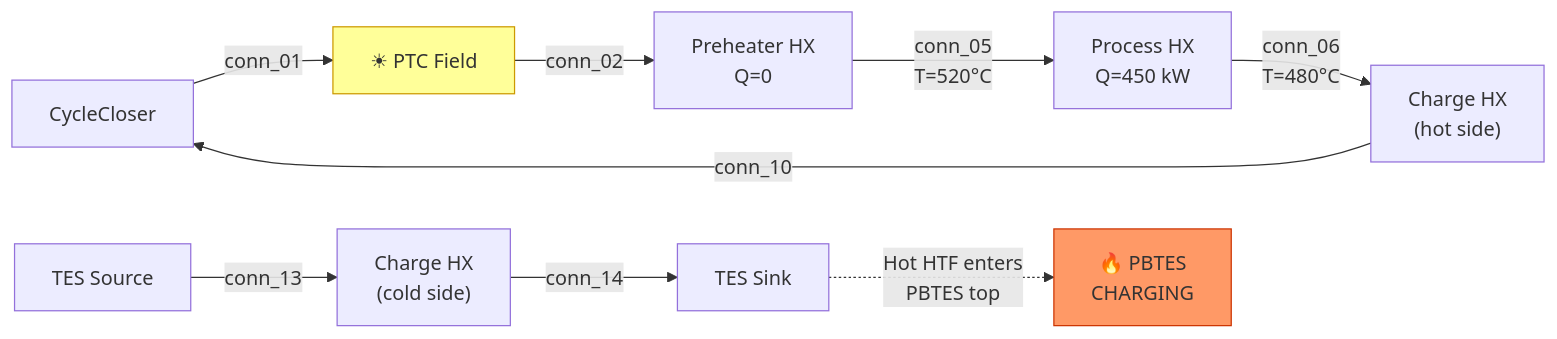
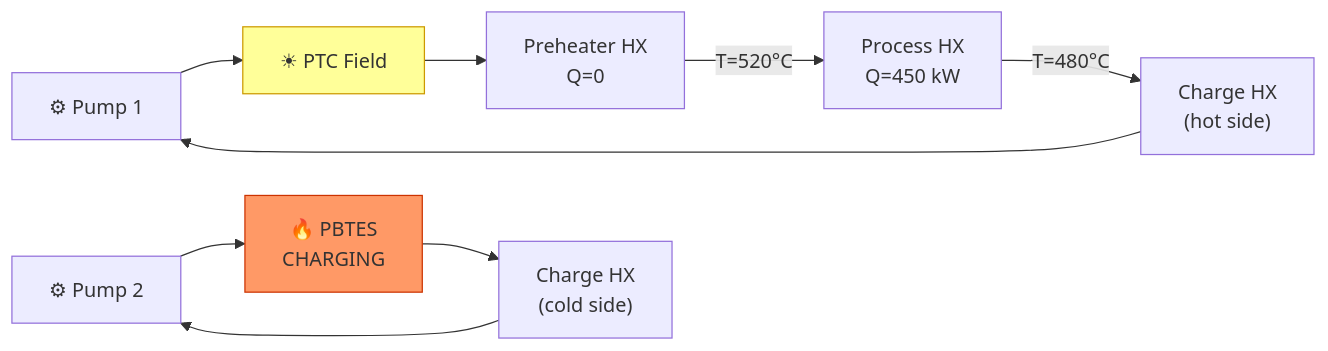
The seventh of 17 diagrams in insumos paper/PLANT_LAYOUTS_AND_MODES.md (iwolde/pbtes-sim), drawn with Mermaid before and after one commit. The commit also changed other lines of this file and 1 other file, not shown here.

````diff
--- a/insumos paper/PLANT_LAYOUTS_AND_MODES.md
+++ b/insumos paper/PLANT_LAYOUTS_AND_MODES.md
@@ -278,16 +314,15 @@
 ```mermaid
 graph LR
-    CC["CycleCloser"] -->|conn_01| PTC["☀ PTC Field"]
-    PTC -->|conn_02| PH["Preheater HX<br/>Q=0"]
-    PH -->|conn_05<br/>T=520°C| PR["Process HX<br/>Q=450 kW"]
-    PR -->|conn_06<br/>T=480°C| CHX_H["Charge HX<br/>(hot side)"]
-    CHX_H -->|conn_10| CC
+    P1["⚙ Pump 1"] --> PTC["☀ PTC Field"]
+    PTC --> PH["Preheater HX<br/>Q=0"]
+    PH -->|"T=520°C"| PR["Process HX<br/>Q=450 kW"]
+    PR -->|"T=480°C"| CHX_H["Charge HX<br/>(hot side)"]
+    CHX_H --> P1
 
-    SRC["TES Source"] -->|conn_13| CHX_C["Charge HX<br/>(cold side)"]
-    CHX_C -->|conn_14| SNK["TES Sink"]
-
-    SNK -.->|"Hot HTF enters<br/>PBTES top"| PBTES["🔥 PBTES<br/>CHARGING"]
+    P2["⚙ Pump 2"] --> PBTES["🔥 PBTES<br/>CHARGING"]
+    PBTES --> CHX_C["Charge HX<br/>(cold side)"]
+    CHX_C --> P2
 
     style PTC fill:#ff9,stroke:#c90
     style PBTES fill:#f96,stroke:#c30
 ```
````
